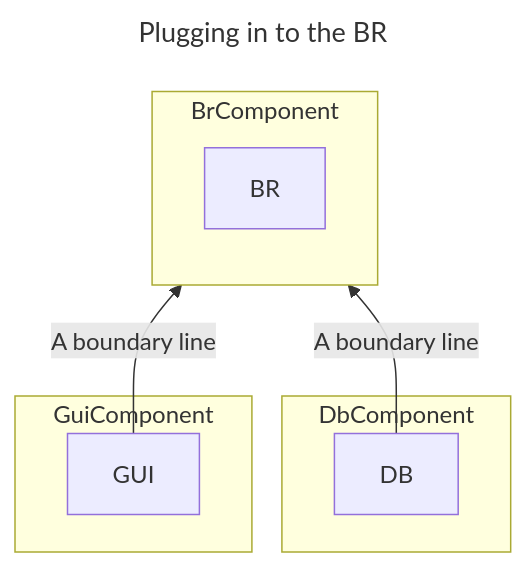
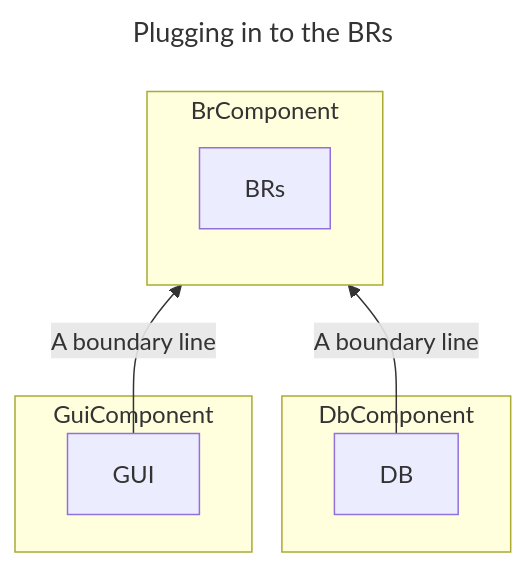
One commit to aleksandr-kiliushin/learning changed the ninth of 11 diagrams in summaries/clean-architecture/index.md. Above: the diagram before and after it, drawn with Mermaid. The commit also changed other lines of this file, not shown here.

Commit message:
clean architecture: CHAPTER 20. BUSINESS RULES: init

````diff
--- a/summaries/clean-architecture/index.md
+++ b/summaries/clean-architecture/index.md
@@ -1373,24 +1373,24 @@
 ```mermaid
 ---
-title: Plugging in to the BR
+title: Plugging in to the BRs
 ---
 graph BT
-  Br[BR]
+  Br[BRs]
   Gui[GUI]
   Db[DB]
 
   subgraph BrComponent
     Br
   end
 
   subgraph GuiComponent
     Gui
   end
 
   subgraph DbComponent
     Db
   end
 
   Gui--A boundary line-->BrComponent
   Db--A boundary line-->BrComponent
 ```
````
